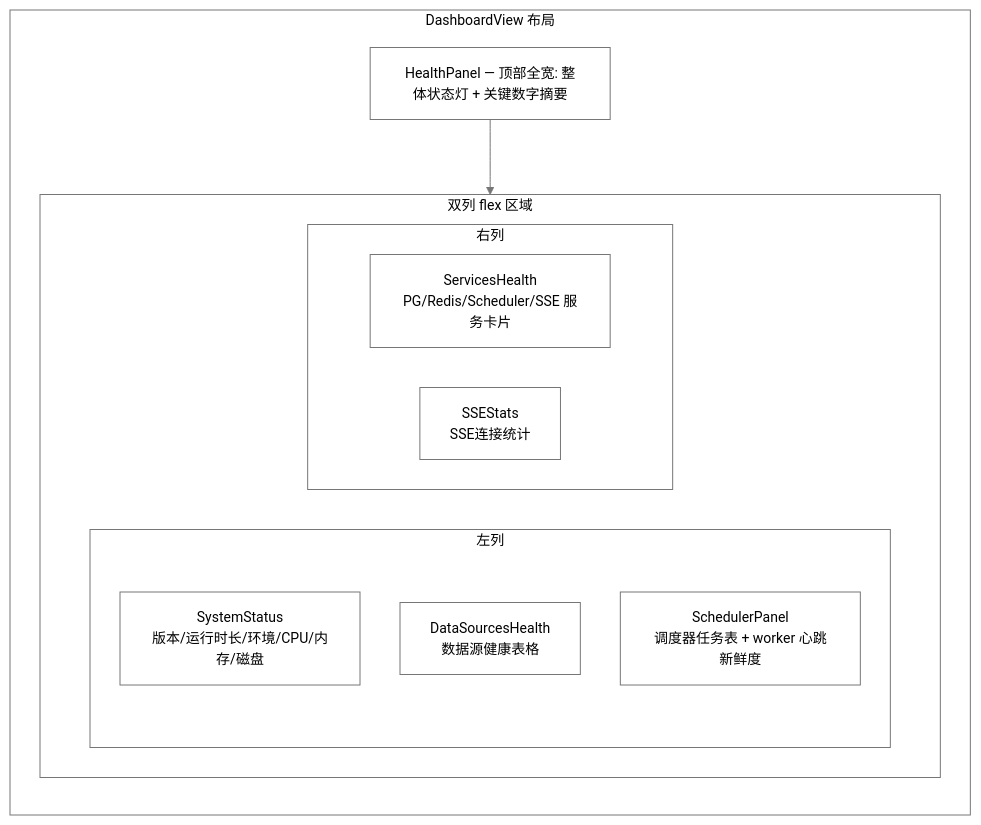
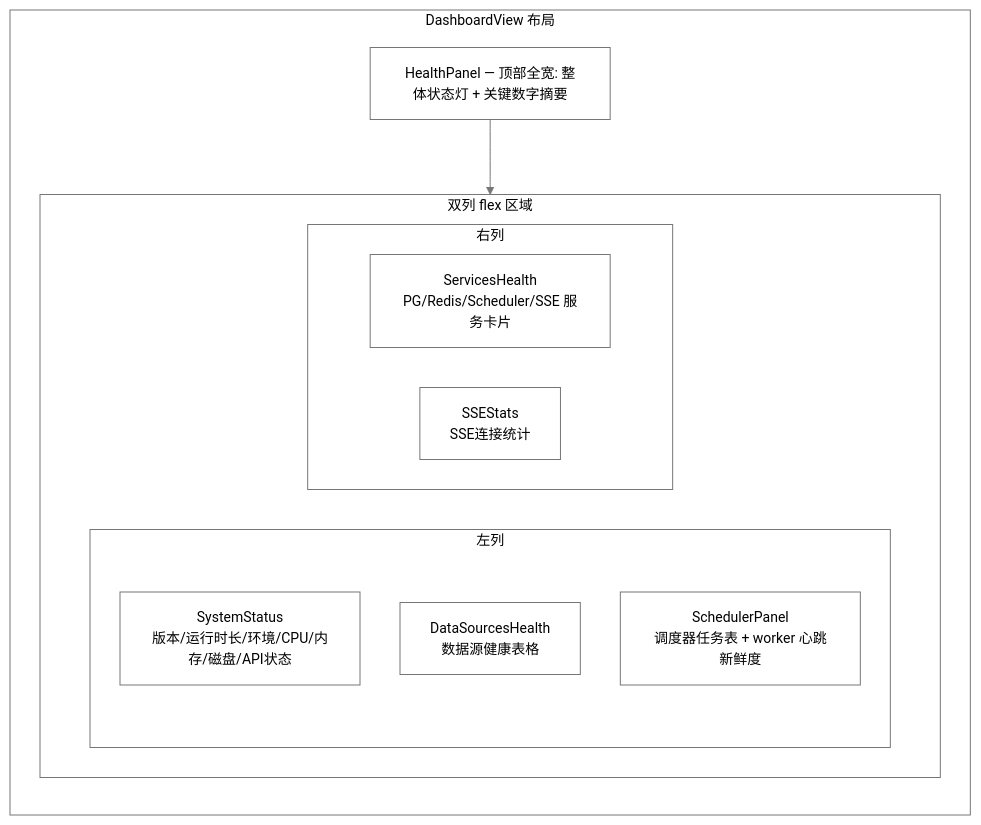
Before and after one commit to onceme/instantboard: the third of 3 diagrams in docs/dev-guide/design/dashboard-tab.md, drawn with Mermaid. The commit also changed other lines of this file and 11 other files, not shown here.

````diff
--- a/docs/dev-guide/design/dashboard-tab.md
+++ b/docs/dev-guide/design/dashboard-tab.md
@@ -195,19 +210,19 @@
 ```mermaid
 %%{init: {"theme": "base", "themeVariables": {"primaryColor": "#ffffff", "primaryTextColor": "#000000", "primaryBorderColor": "#767676", "lineColor": "#767676", "arrowheadColor": "#767676", "secondaryColor": "#ffffff", "secondaryTextColor": "#000000", "secondaryBorderColor": "#767676", "tertiaryColor": "#ffffff", "tertiaryTextColor": "#000000", "tertiaryBorderColor": "#767676", "edgeLabelBackground": "#ffffff", "textColor": "#000000", "nodeTextColor": "#000000", "mainBkg": "#ffffff", "nodeBorder": "#767676", "clusterBkg": "#ffffff", "clusterBdr": "#767676", "clusterTextColor": "#000000", "titleColor": "#000000", "fontSize": "14px"}, "flowchart": {"nodeSpacing": 40, "rankSpacing": 50, "wrappingWidth": 180, "useMaxWidth": true}}}%%
 graph LR
   subgraph dashboard["DashboardView 布局"]
     HP["HealthPanel — 顶部全宽: 整体状态灯 + 关键数字摘要"]
     subgraph cols["双列 flex 区域"]
       subgraph left["左列"]
-        SS["SystemStatus<br/>版本/运行时长/环境/CPU/内存/磁盘"]
+        SS["SystemStatus<br/>版本/运行时长/环境/CPU/内存/磁盘/API状态"]
         DSH["DataSourcesHealth<br/>数据源健康表格"]
         SP["SchedulerPanel<br/>调度器任务表 + worker 心跳新鲜度"]
       end
       subgraph right["右列"]
         SVH["ServicesHealth<br/>PG/Redis/Scheduler/SSE 服务卡片"]
         SSESt["SSEStats<br/>SSE连接统计"]
       end
     end
     HP --> cols
   end
 ```
````
